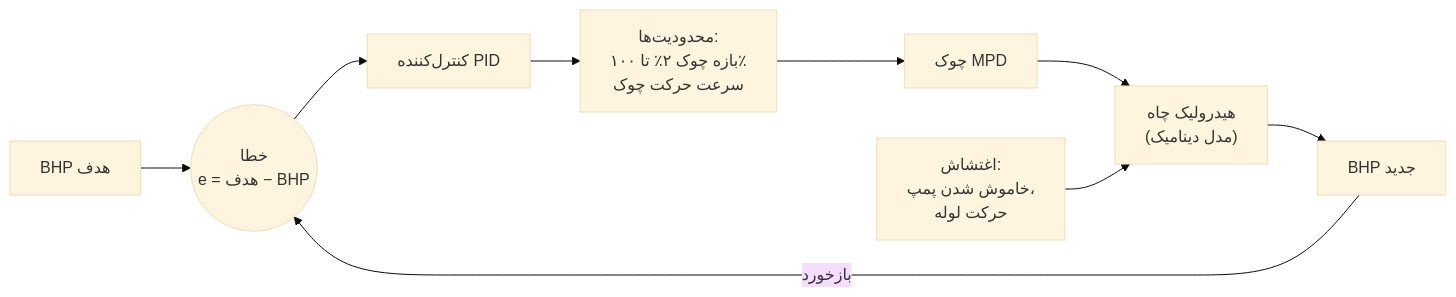
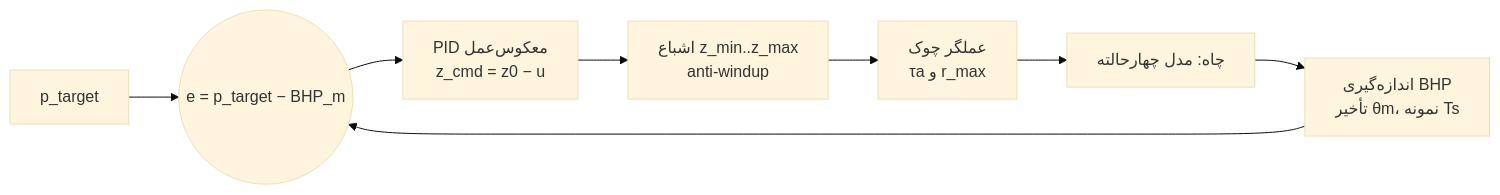
One commit to amirm8170/sepehr-py changed the second of 2 diagrams in README_FA.md. Above: the diagram before and after it, drawn with Mermaid (base theme). The commit also changed other lines of this file and 38 other files, not shown here.

````diff
--- a/README_FA.md
+++ b/README_FA.md
@@ -474,11 +89,10 @@
 ```mermaid
 flowchart LR
-    T["BHP هدف"] --> E(("خطا<br/>e = هدف − BHP"))
-    E --> PID["کنترل‌کننده PID"]
-    PID --> LIM["محدودیت‌ها:<br/>بازه چوک ۲٪ تا ۱۰۰٪<br/>سرعت حرکت چوک"]
-    LIM --> CH["چوک MPD"]
-    CH --> W["هیدرولیک چاه<br/>(مدل دینامیک)"]
-    W --> B["BHP جدید"]
-    B -- "بازخورد" --> E
-    D["اغتشاش:<br/>خاموش شدن پمپ،<br/>حرکت لوله"] --> W
+    T[p_target] --> E((e = p_target − BHP_m))
+    E --> P[PID معکوس‌عمل<br/>z_cmd = z0 − u]
+    P --> S[اشباع z_min..z_max<br/>anti-windup]
+    S --> A[عملگر چوک<br/>τa و r_max]
+    A --> W[چاه: مدل چهارحالته]
+    W --> M[اندازه‌گیری BHP<br/>تأخیر θm، نمونه Ts]
+    M --> E
 ```
````
